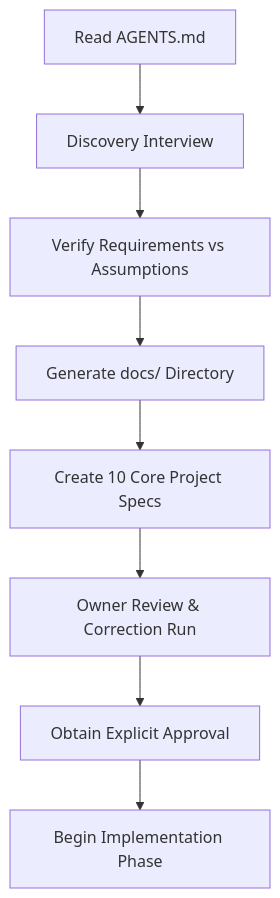
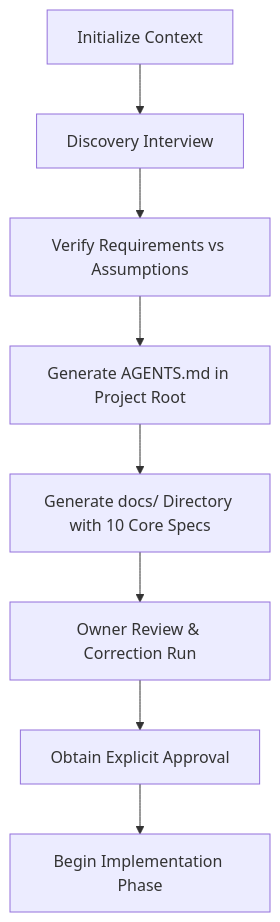
One commit to LordCodex/promptengine changed the diagram in workflows/NewProjectBootstrap.md. Above: the diagram before and after it, drawn with Mermaid. The commit also changed other lines of this file and 184 other files, not shown here.

Commit message:
feat: bootstrap initial prompt engine architecture, core domain logic, and CLI scaffolding

````diff
--- a/workflows/NewProjectBootstrap.md
+++ b/workflows/NewProjectBootstrap.md
@@ -64,10 +66,10 @@
 ```mermaid
 graph TD
-    A[Read AGENTS.md] --> B[Discovery Interview]
+    A[Initialize Context] --> B[Discovery Interview]
     B --> C[Verify Requirements vs Assumptions]
-    C --> D[Generate docs/ Directory]
-    D --> E[Create 10 Core Project Specs]
+    C --> D[Generate AGENTS.md in Project Root]
+    D --> E[Generate docs/ Directory with 10 Core Specs]
     E --> F[Owner Review & Correction Run]
     F --> G[Obtain Explicit Approval]
     G --> H[Begin Implementation Phase]
 ```
````
